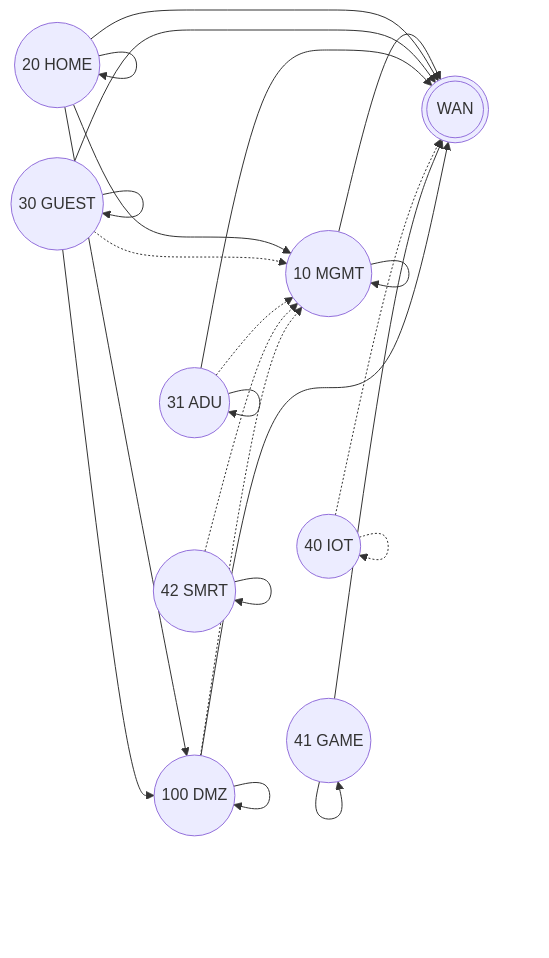
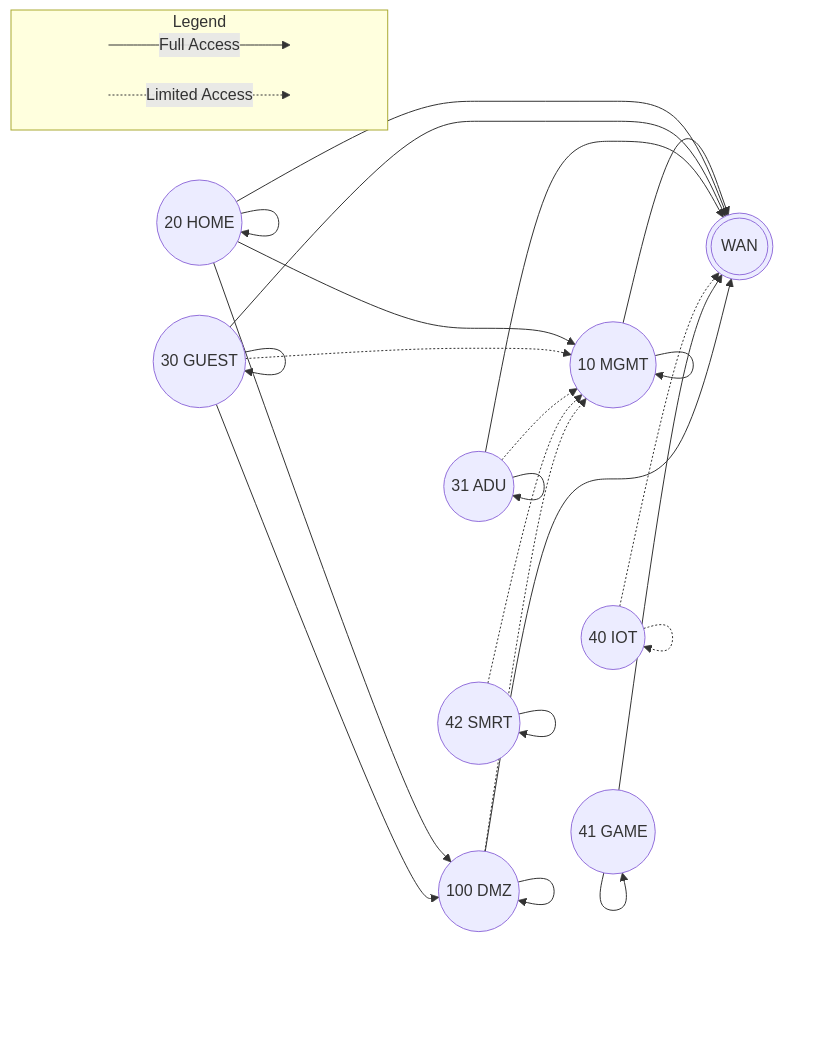
Before and after one commit to mutantmell/dotfiles: the diagram in common/network/readme.md, drawn with Mermaid.

Commit message:
add legend to network diagram

````diff
--- a/common/network/readme.md
+++ b/common/network/readme.md
@@ -3,34 +3,44 @@
 ```mermaid
 flowchart LR
+  subgraph Legend
+    direction LR
+	src1[ ] -->|Full Access| snk1[ ]
+	style src1 height:0px;
+	style snk1 height:0px;
+	src2[ ] -.->|Limited Access| snk2[ ]
+	style src2 height:0px;
+	style snk2 height:0px;	
+  end
+
   WAN(((WAN)))
 
   MGMT((10 MGMT)) --> MGMT
   MGMT --> WAN
 
   HOME((20 HOME)) --> HOME
   HOME --> WAN
   HOME --> MGMT
   HOME --> DMZ
 
   GUEST((30 GUEST)) --> GUEST
   GUEST --> WAN
   GUEST -.-> MGMT
   GUEST --> DMZ
 
   ADU((31 ADU)) --> ADU
   ADU --> WAN
   ADU -.-> MGMT
   
   IOT((40 IOT)) -.-> IOT
   IOT -.-> WAN
 
   GAME((41 GAME)) --> GAME
   GAME --> WAN
 
   SMRT((42 SMRT)) --> SMRT
   SMRT((42 SMRT)) -.-> MGMT
   
   DMZ((100 DMZ)) --> DMZ
   DMZ -.-> MGMT
   DMZ --> WAN
-```
+  ```
````
